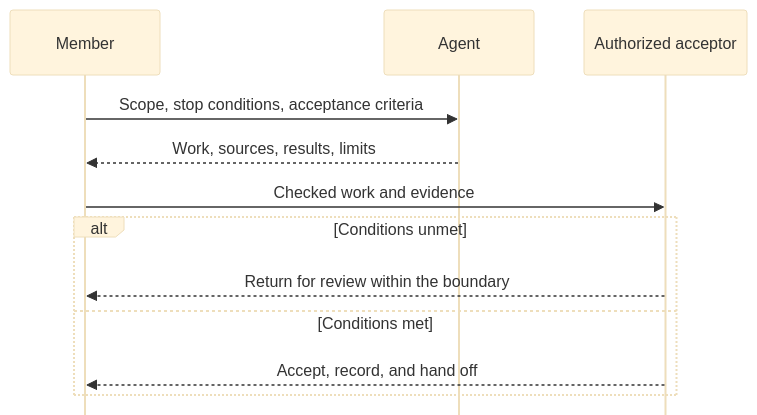
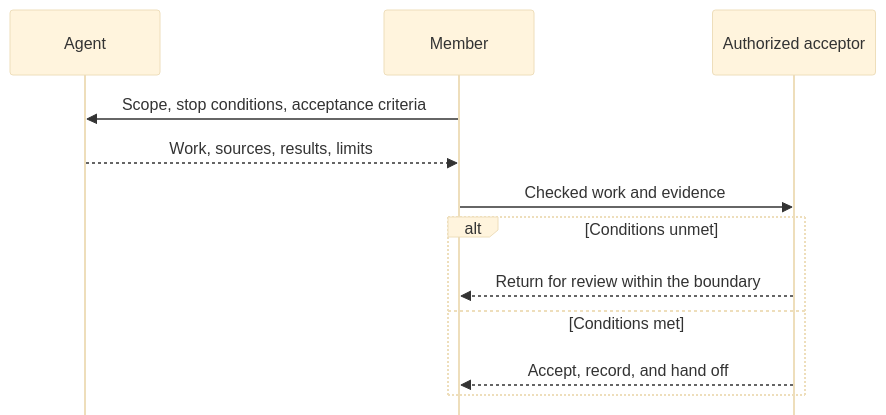
The diagram in docs/human-agent.md (HengYangDS/data-department-work-guidelines), drawn with Mermaid (base theme) before and after one commit. The commit also changed other lines of this file and 1 other file, not shown here.

````diff
--- a/docs/human-agent.md
+++ b/docs/human-agent.md
@@ -83,21 +83,21 @@
 ```mermaid
 ---
 config:
   sequence:
     mirrorActors: false
 ---
 sequenceDiagram
     accTitle: Delegation, evidence, and authorized acceptance
     accDescr: A member sets the delegation boundary. An Agent returns work and evidence. The member checks the actual work and evidence before submitting them to an authorized acceptor. If conditions are unmet, the work returns for review within the delegation boundary. If conditions are met, the acceptor accepts the work, records acceptance, and hands off the result. Participants represent roles, not necessarily different people. People retain authority and responsibility; acceptance never expands permission.
+    participant Agent
     participant Member
-    participant Agent
     participant Acceptor as Authorized acceptor
     Member->>Agent: Scope, stop conditions, acceptance criteria
     Agent-->>Member: Work, sources, results, limits
     Member->>Acceptor: Checked work and evidence
     alt Conditions unmet
         Acceptor-->>Member: Return for review within the boundary
     else Conditions met
         Acceptor-->>Member: Accept, record, and hand off
     end
 ```
````
